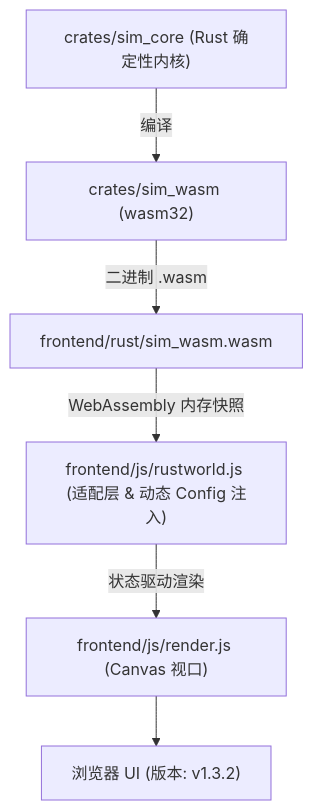
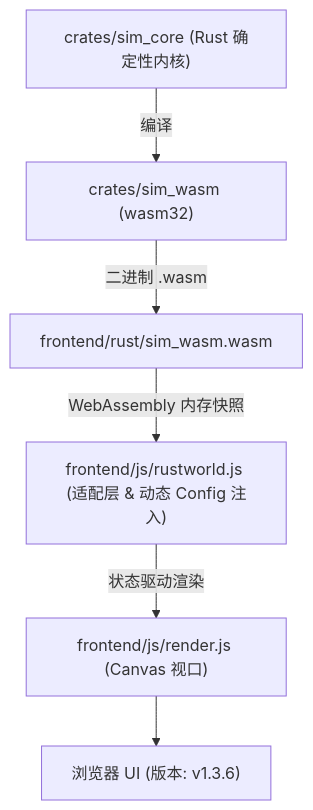
Before and after one commit to g39088902/FlowAndAccord: the diagram in AGENTS.md, drawn with Mermaid. The commit also changed other lines of this file and 46 other files, not shown here.

````diff
--- a/AGENTS.md
+++ b/AGENTS.md
@@ -48,8 +48,8 @@
 ```mermaid
 graph TD
     A["crates/sim_core (Rust 确定性内核)"] -->|编译| B["crates/sim_wasm (wasm32)"]
     B -->|二进制 .wasm| C["frontend/rust/sim_wasm.wasm"]
     C -->|WebAssembly 内存快照| D["frontend/js/rustworld.js (适配层 & 动态 Config 注入)"]
     D -->|状态驱动渲染| E["frontend/js/render.js (Canvas 视口)"]
-    E --> F["浏览器 UI (版本: v1.3.2)"]
+    E --> F["浏览器 UI (版本: v1.3.6)"]
 ```
````
